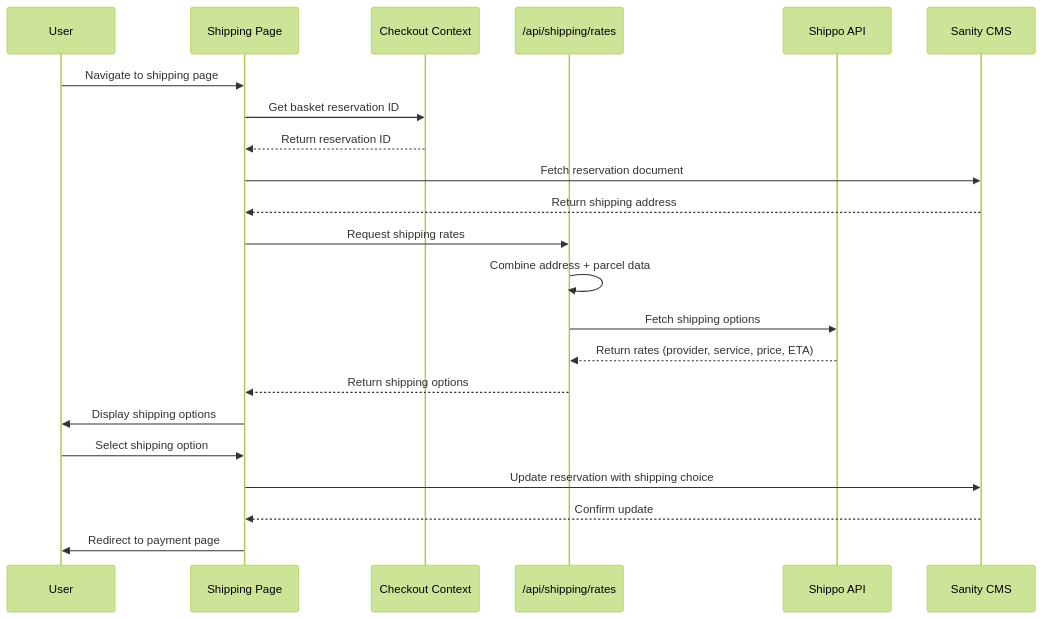
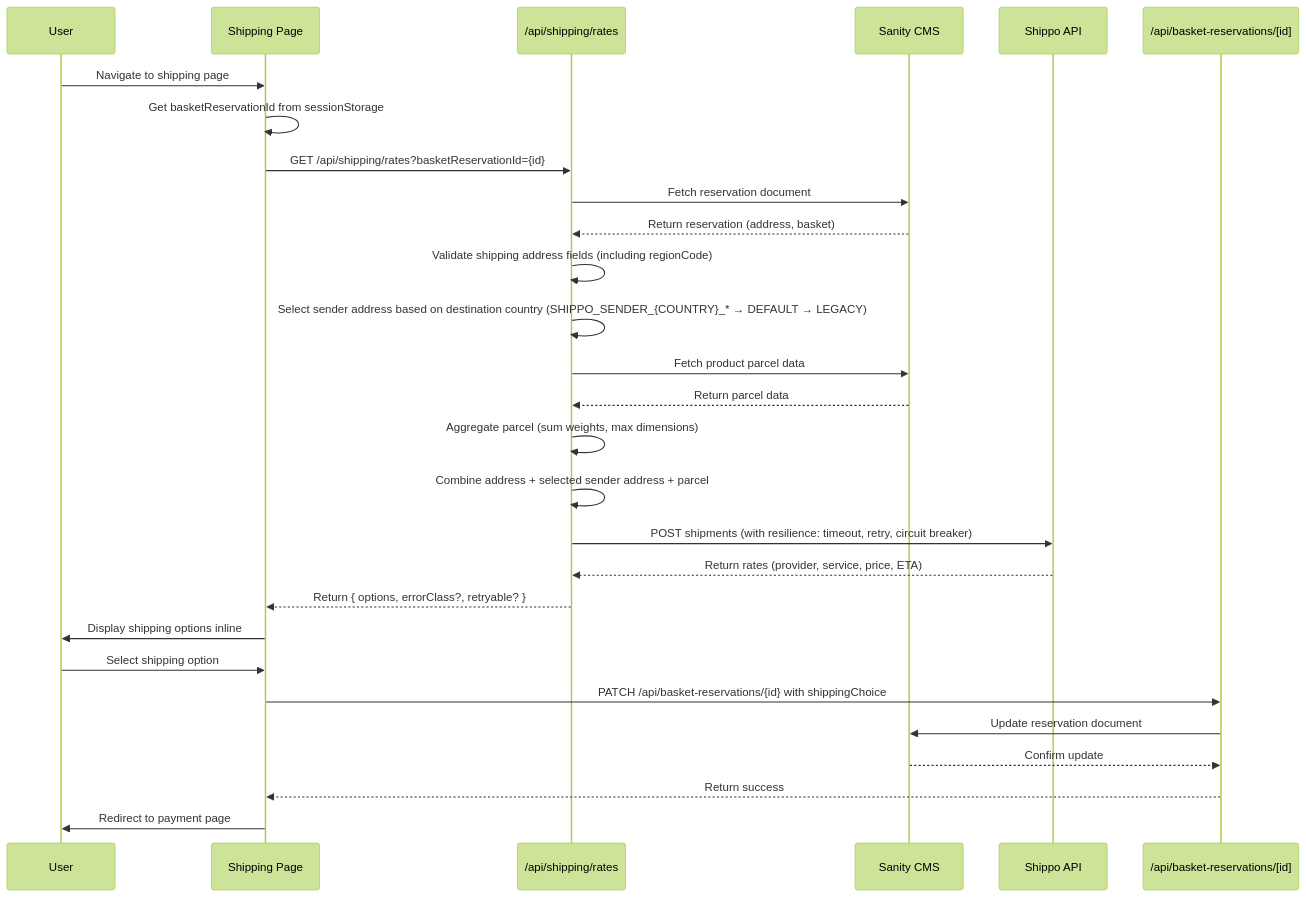
The diagram in docs/checkout/shipping/README.md (munrhalls/sanglogium), drawn with Mermaid (forest theme) before and after one commit. The commit also changed other lines of this file and 1 other file, not shown here.

Commit message:
Difficulty: 8 - A, Shipping (shipping/rates): Implement country-specific sender address selection with fallback hierarchy → DoD:0

````diff
--- a/docs/checkout/shipping/README.md
+++ b/docs/checkout/shipping/README.md
@@ -26,25 +102,31 @@
 ```mermaid
 sequenceDiagram
     participant User as User
     participant Page as Shipping Page
-    participant Context as Checkout Context
     participant API as /api/shipping/rates
+    participant Sanity as Sanity CMS
     participant Shippo as Shippo API
-    participant Sanity as Sanity CMS
+    participant Patch as /api/basket-reservations/[id]
 
     User->>Page: Navigate to shipping page
-    Page->>Context: Get basket reservation ID
-    Context-->>Page: Return reservation ID
-    Page->>Sanity: Fetch reservation document
-    Sanity-->>Page: Return shipping address
-    Page->>API: Request shipping rates
-    API->>API: Combine address + parcel data
-    API->>Shippo: Fetch shipping options
+    Page->>Page: Get basketReservationId from sessionStorage
+    Page->>API: GET /api/shipping/rates?basketReservationId={id}
+    API->>Sanity: Fetch reservation document
+    Sanity-->>API: Return reservation (address, basket)
+    API->>API: Validate shipping address fields (including regionCode)
+    API->>API: Select sender address based on destination country (SHIPPO_SENDER_{COUNTRY}_* → DEFAULT → LEGACY)
+    API->>Sanity: Fetch product parcel data
+    Sanity-->>API: Return parcel data
+    API->>API: Aggregate parcel (sum weights, max dimensions)
+    API->>API: Combine address + selected sender address + parcel
+    API->>Shippo: POST shipments (with resilience: timeout, retry, circuit breaker)
     Shippo-->>API: Return rates (provider, service, price, ETA)
-    API-->>Page: Return shipping options
-    Page->>User: Display shipping options
+    API-->>Page: Return { options, errorClass?, retryable? }
+    Page->>User: Display shipping options inline
     User->>Page: Select shipping option
-    Page->>Sanity: Update reservation with shipping choice
-    Sanity-->>Page: Confirm update
+    Page->>Patch: PATCH /api/basket-reservations/{id} with shippingChoice
+    Patch->>Sanity: Update reservation document
+    Sanity-->>Patch: Confirm update
+    Patch-->>Page: Return success
     Page->>User: Redirect to payment page
 ```
````
